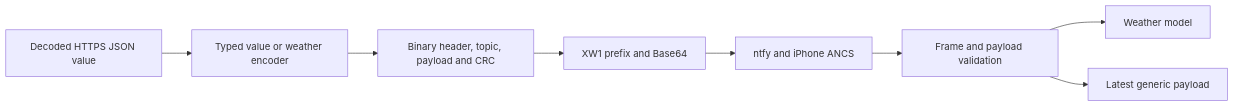
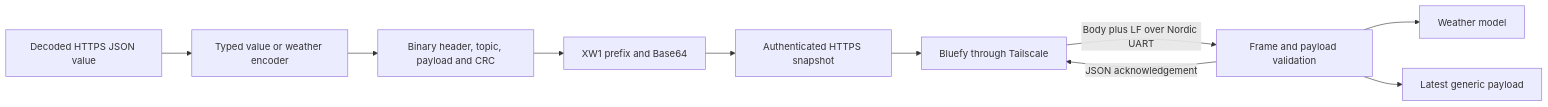
Before and after one commit to baolgn/smartWatch: the diagram in relay/PROTOCOL.md, drawn with Mermaid. The commit also changed other lines of this file and 35 other files, not shown here.

Commit message:
feat(relay)!: replace notification delivery with Bluefy and Tailscale

````diff
--- a/relay/PROTOCOL.md
+++ b/relay/PROTOCOL.md
@@ -7,10 +7,12 @@
 ```mermaid
 flowchart LR
     source[Decoded HTTPS JSON value] --> codec[Typed value or weather encoder]
     codec --> raw[Binary header, topic, payload and CRC]
     raw --> text[XW1 prefix and Base64]
-    text --> transport[ntfy and iPhone ANCS]
-    transport --> parse[Frame and payload validation]
+    text --> server[Authenticated HTTPS snapshot]
+    server --> browser[Bluefy through Tailscale]
+    browser -->|Body plus LF over Nordic UART| parse[Frame and payload validation]
     parse --> weather[Weather model]
     parse --> cache[Latest generic payload]
+    parse -->|JSON acknowledgement| browser
 ```
````
